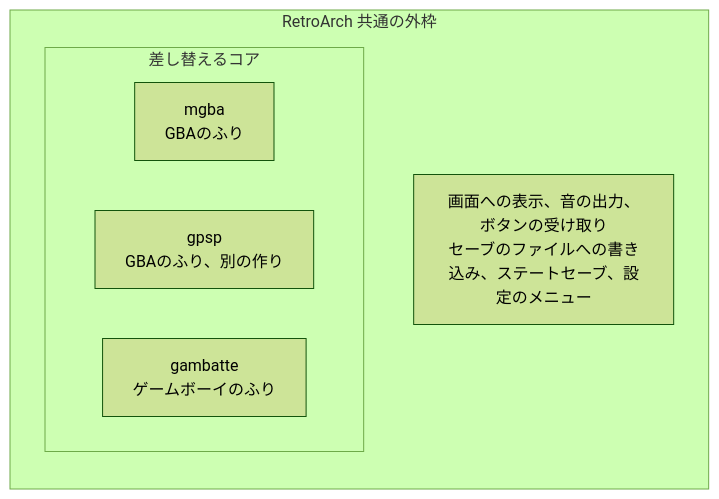
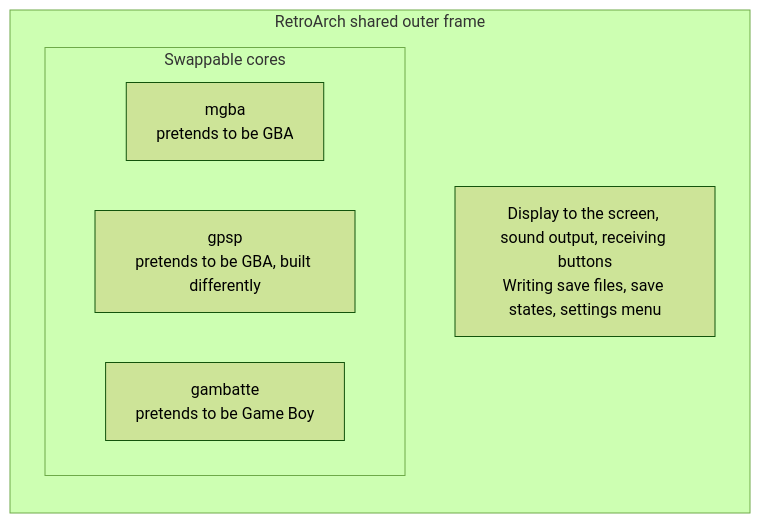
The second of 3 diagrams in articles/16-emulator-and-menu.md (kiwamizamurai/gaming), drawn with Mermaid (forest theme) before and after one commit. The commit also changed other lines of this file and 46 other files, not shown here.

````diff
--- a/articles/16-emulator-and-menu.md
+++ b/articles/16-emulator-and-menu.md
@@ -99,12 +99,12 @@
 ```mermaid
 flowchart TB
-    subgraph RA[RetroArch 共通の外枠]
+    subgraph RA[RetroArch shared outer frame]
         direction TB
-        X[画面への表示、音の出力、ボタンの受け取り<br>セーブのファイルへの書き込み、ステートセーブ、設定のメニュー]
-        subgraph CORE[差し替えるコア]
-            M[mgba<br>GBAのふり]
-            P[gpsp<br>GBAのふり、別の作り]
-            B[gambatte<br>ゲームボーイのふり]
+        X[Display to the screen, sound output, receiving buttons<br>Writing save files, save states, settings menu]
+        subgraph CORE[Swappable cores]
+            M[mgba<br>pretends to be GBA]
+            P[gpsp<br>pretends to be GBA, built differently]
+            B[gambatte<br>pretends to be Game Boy]
         end
     end
 ```
````
